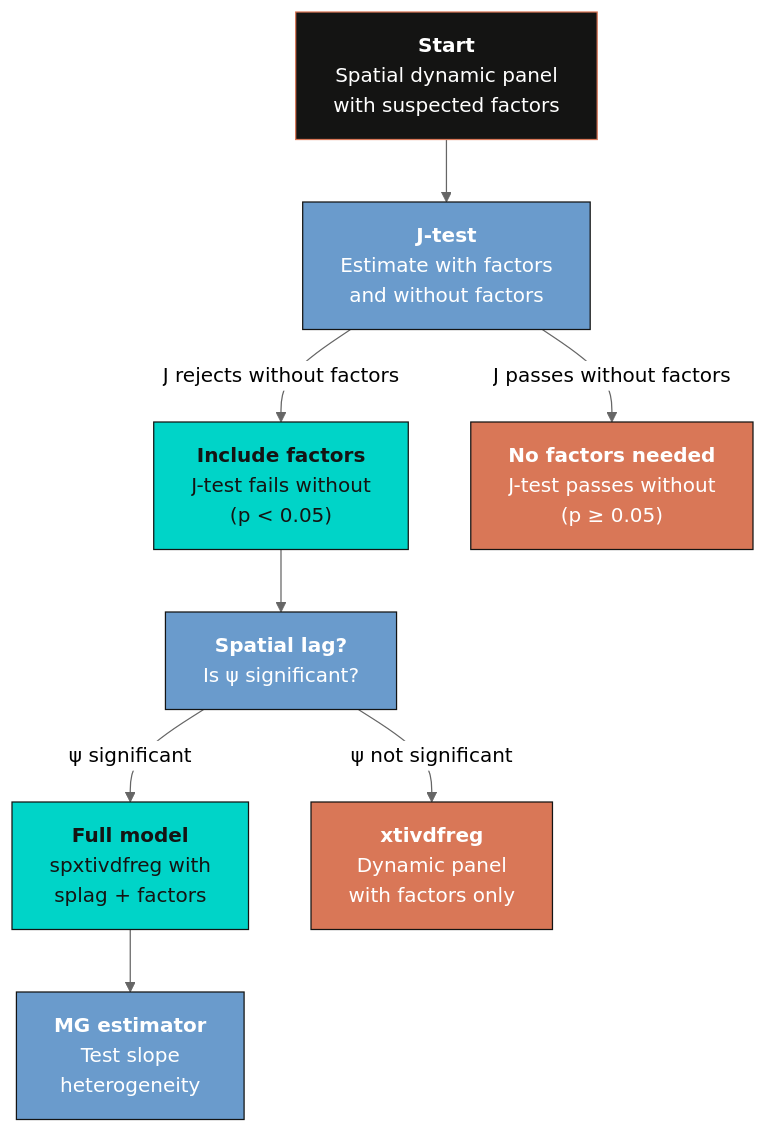
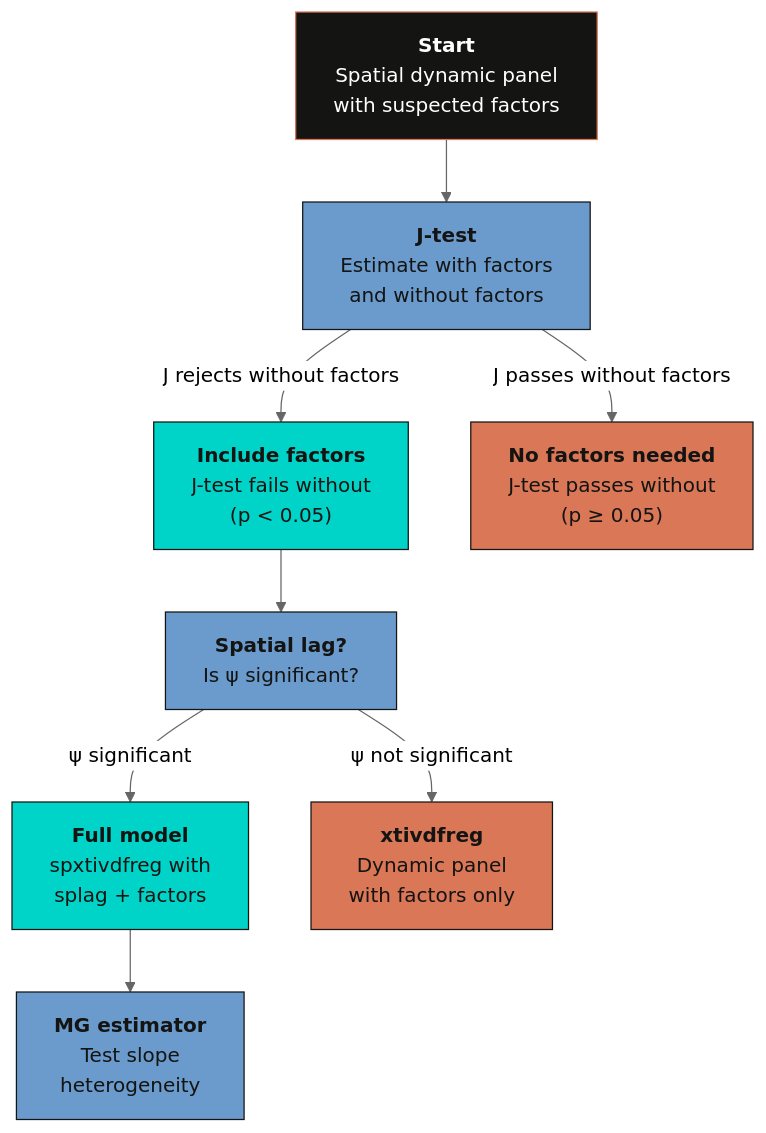
Before and after one commit to cmg777/starter-academic-v501: the fourth of 4 diagrams in content/post/stata_spxtivdfreg/index.md, drawn with Mermaid (neutral theme). The commit also changed other lines of this file and 67 other files, not shown here.

First line of the commit message:
fix(mermaid): readable diagram text in both themes across the site

````diff
--- a/content/post/stata_spxtivdfreg/index.md
+++ b/content/post/stata_spxtivdfreg/index.md
@@ -706,28 +706,28 @@
 ```mermaid
 graph TD
     START["<b>Start</b><br/>Spatial dynamic panel<br/>with suspected factors"]
     JTEST["<b>J-test</b><br/>Estimate with factors<br/>and without factors"]
     FACTORS["<b>Include factors</b><br/>J-test fails without<br/>(p < 0.05)"]
     NOFACT["<b>No factors needed</b><br/>J-test passes without<br/>(p ≥ 0.05)"]
     SPLAG["<b>Spatial lag?</b><br/>Is ψ significant?"]
     FULL["<b>Full model</b><br/>spxtivdfreg with<br/>splag + factors"]
     NOSPL["<b>xtivdfreg</b><br/>Dynamic panel<br/>with factors only"]
     MG["<b>MG estimator</b><br/>Test slope<br/>heterogeneity"]
 
     START --> JTEST
     JTEST -->|"J rejects without factors"| FACTORS
     JTEST -->|"J passes without factors"| NOFACT
     FACTORS --> SPLAG
     SPLAG -->|"ψ significant"| FULL
     SPLAG -->|"ψ not significant"| NOSPL
     FULL --> MG
 
     style START fill:#141413,stroke:#d97757,color:#fff
-    style JTEST fill:#6a9bcc,stroke:#141413,color:#fff
+    style JTEST fill:#6a9bcc,stroke:#141413,color:#141413
     style FACTORS fill:#00d4c8,stroke:#141413,color:#141413
-    style NOFACT fill:#d97757,stroke:#141413,color:#fff
-    style SPLAG fill:#6a9bcc,stroke:#141413,color:#fff
+    style NOFACT fill:#d97757,stroke:#141413,color:#141413
+    style SPLAG fill:#6a9bcc,stroke:#141413,color:#141413
     style FULL fill:#00d4c8,stroke:#141413,color:#141413
-    style NOSPL fill:#d97757,stroke:#141413,color:#fff
-    style MG fill:#6a9bcc,stroke:#141413,color:#fff
+    style NOSPL fill:#d97757,stroke:#141413,color:#141413
+    style MG fill:#6a9bcc,stroke:#141413,color:#141413
 ```
````
